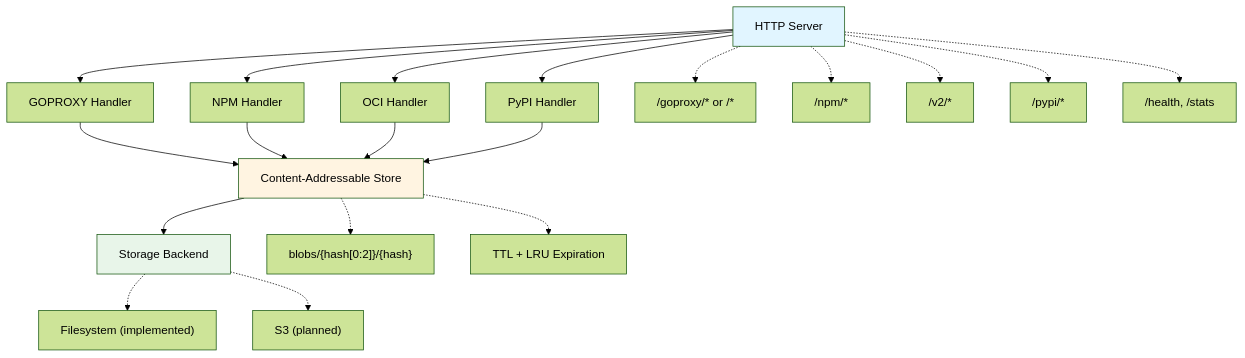
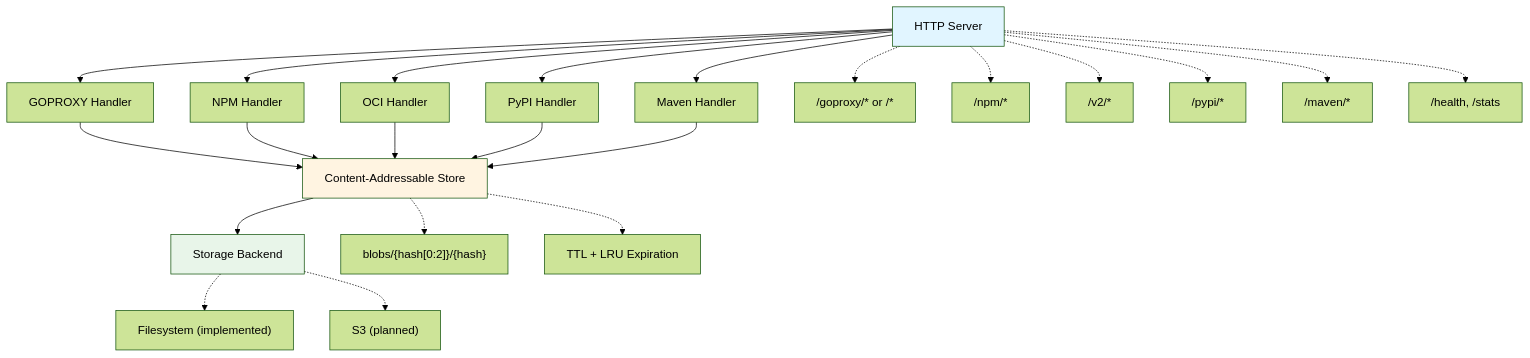
One commit to wolfeidau/content-cache changed the diagram in README.md. Above: the diagram before and after it, drawn with Mermaid (forest theme). The commit also changed other lines of this file and 1 other file, not shown here.

Commit message:
docs: README updates for maven support and removed startup msg

````diff
--- a/README.md
+++ b/README.md
@@ -80,30 +100,33 @@
 ```mermaid
 graph TD
     A[HTTP Server] --> B[GOPROXY Handler]
     A --> C[NPM Handler]
     A --> D[OCI Handler]
     A --> G[PyPI Handler]
+    A --> H[Maven Handler]
 
     B --> E[Content-Addressable Store]
     C --> E
     D --> E
     G --> E
+    H --> E
 
     E --> F[Storage Backend]
 
     A -.-> A1["/goproxy/* or /*"]
     A -.-> A2["/npm/*"]
     A -.-> A3["/v2/*"]
     A -.-> A4["/pypi/*"]
-    A -.-> A5["/health, /stats"]
+    A -.-> A5["/maven/*"]
+    A -.-> A6["/health, /stats"]
 
     E -.-> E1["blobs/{hash[0:2]}/{hash}"]
     E -.-> E2["TTL + LRU Expiration"]
 
     F -.-> F1["Filesystem (implemented)"]
     F -.-> F2["S3 (planned)"]
 
     style A fill:#e1f5ff
     style E fill:#fff4e1
     style F fill:#e8f5e9
 ```
````
